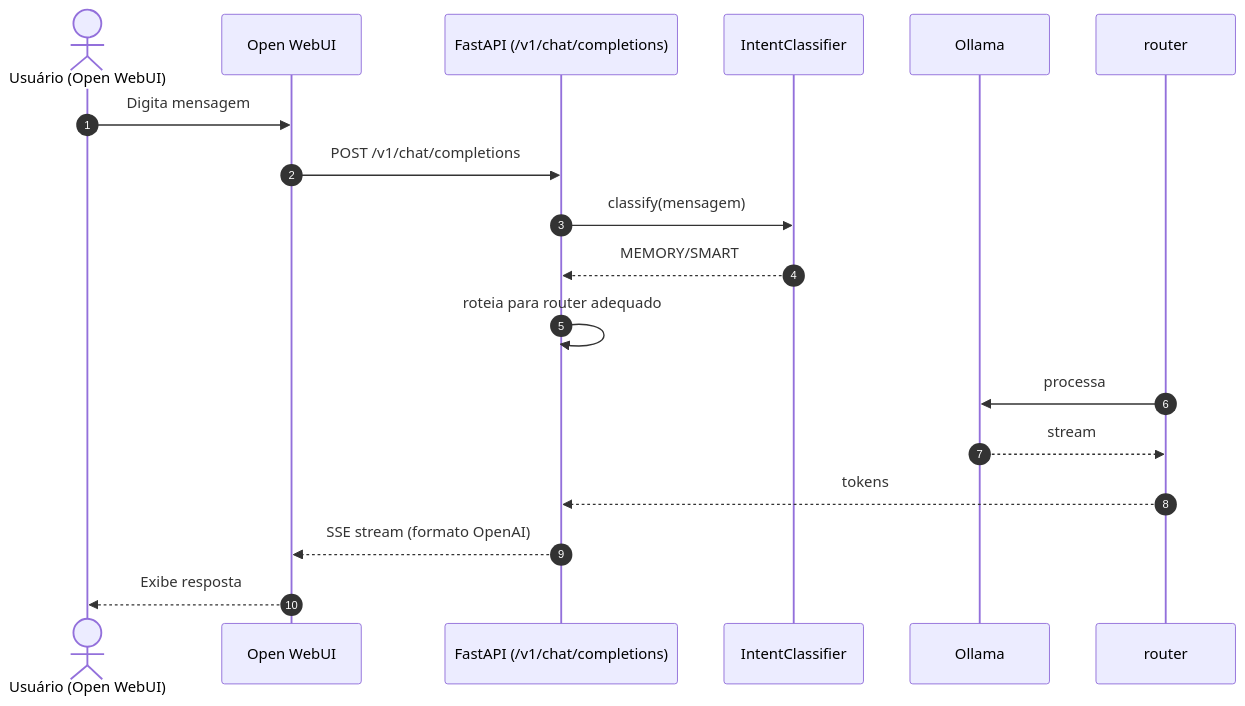
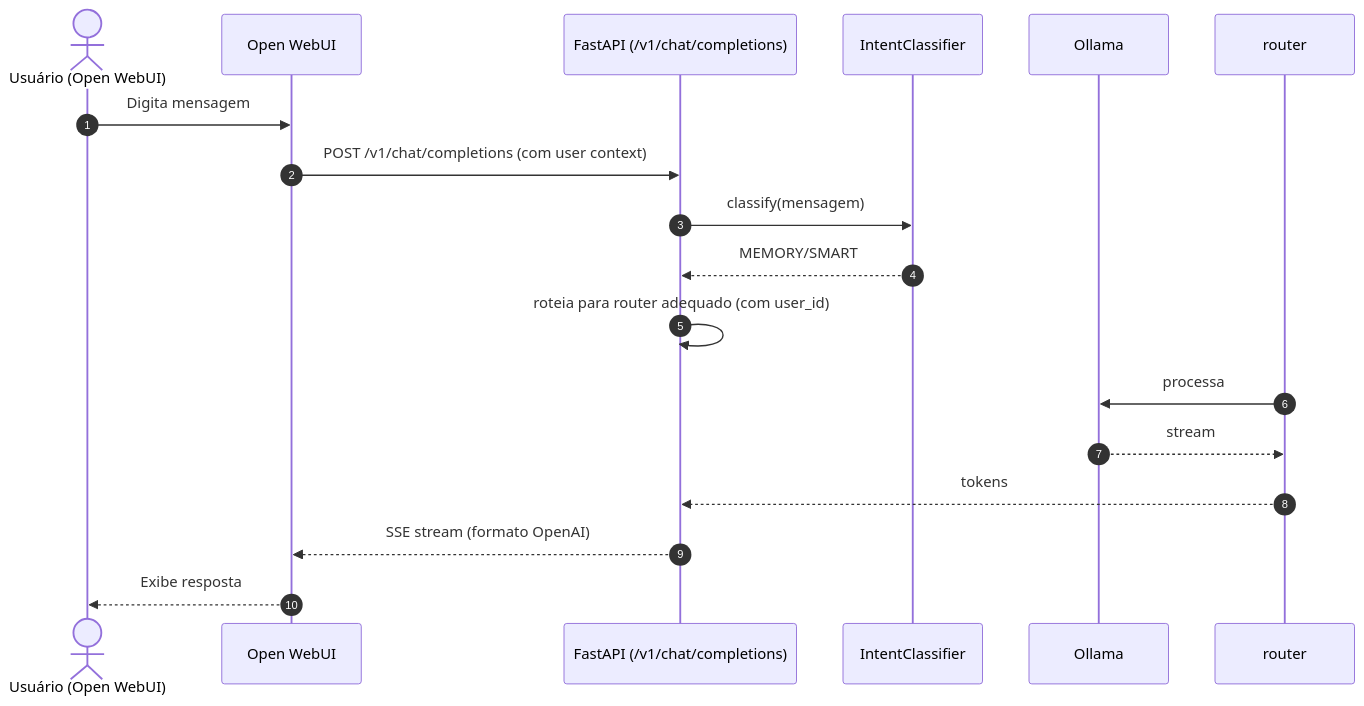
One commit to Brian5m1th/K.A.O.S changed the fourth of 4 diagrams in docs/02_fluxo_dados.md. Above: the diagram before and after it, drawn with Mermaid. The commit also changed other lines of this file and 5 other files, not shown here.

Commit message:
docs: atualiza documentacao existente com referencia ao User Context

````diff
--- a/docs/02_fluxo_dados.md
+++ b/docs/02_fluxo_dados.md
@@ -143,20 +144,20 @@
 ```mermaid
 sequenceDiagram
     autonumber
     actor User as Usuário (Open WebUI)
     participant OWUI as Open WebUI
     participant PROXY as FastAPI (/v1/chat/completions)
     participant CLASS as IntentClassifier
     participant LLM as Ollama
 
     User->>OWUI: Digita mensagem
-    OWUI->>PROXY: POST /v1/chat/completions
+    OWUI->>PROXY: POST /v1/chat/completions (com user context)
     PROXY->>CLASS: classify(mensagem)
     CLASS-->>PROXY: MEMORY/SMART
-    PROXY->>PROXY: roteia para router adequado
+    PROXY->>PROXY: roteia para router adequado (com user_id)
     router->>LLM: processa
     LLM-->>router: stream
     router-->>PROXY: tokens
     PROXY-->>OWUI: SSE stream (formato OpenAI)
     OWUI-->>User: Exibe resposta
 ```
````
